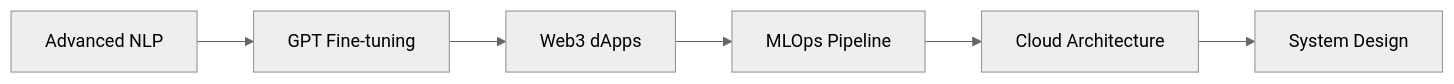
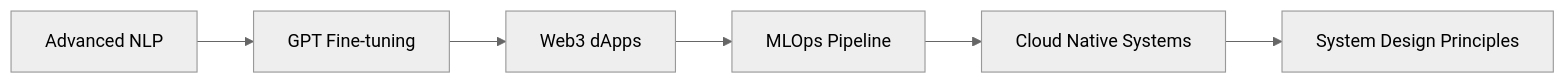
Before and after one commit to Adivigneshwar/Adivigneshwar: the diagram in README.md, drawn with Mermaid (neutral theme). The commit also changed other lines of this file, not shown here.

````diff
--- a/README.md
+++ b/README.md
@@ -163,8 +144,8 @@
 ```mermaid
 graph LR
     A[Advanced NLP] --> B[GPT Fine-tuning]
     B --> C[Web3 dApps]
     C --> D[MLOps Pipeline]
-    D --> E[Cloud Architecture]
-    E --> F[System Design]
+    D --> E[Cloud Native Systems]
+    E --> F[System Design Principles]
 ```
````
